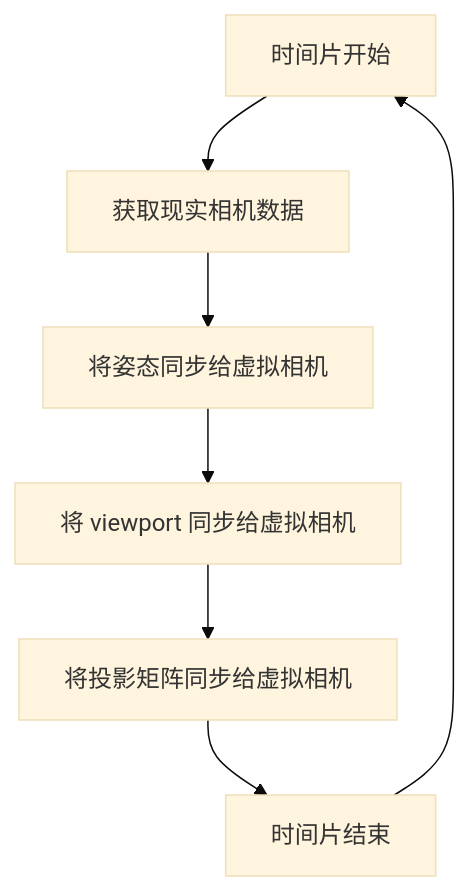
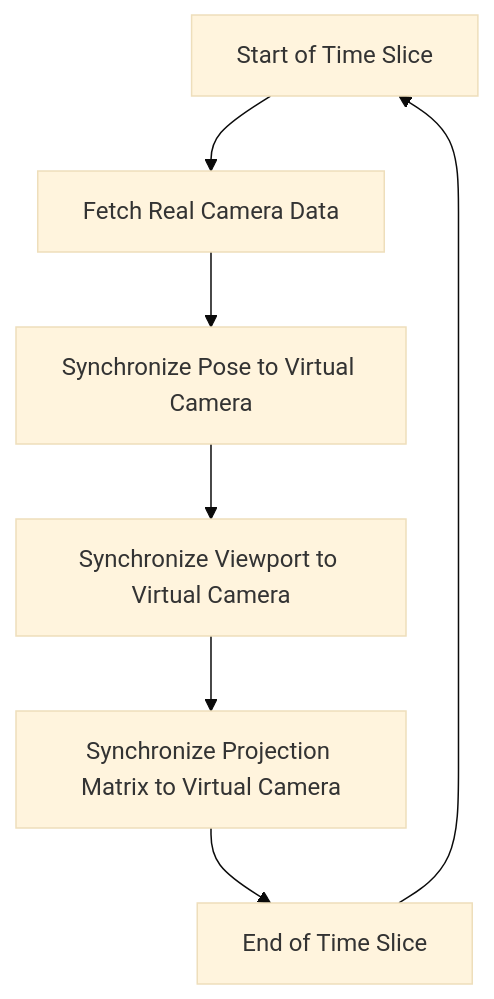
Before and after one commit to galacean/engine: the diagram in docs/en/xr/system/camera.mdx, drawn with Mermaid (base theme). The commit also changed other lines of this file and 69 other files, not shown here.

````diff
--- a/docs/en/xr/system/camera.mdx
+++ b/docs/en/xr/system/camera.mdx
@@ -31,9 +30,9 @@
 ```mermaid
 flowchart TD
-    A[时间片开始] --> B[获取现实相机数据]
-    B --> C[将姿态同步给虚拟相机]
-    C --> D[将 viewport 同步给虚拟相机]
-    D --> E[将投影矩阵同步给虚拟相机]
-    E --> F[时间片结束]
+    A[Start of Time Slice] --> B[Fetch Real Camera Data]
+    B --> C[Synchronize Pose to Virtual Camera]
+    C --> D[Synchronize Viewport to Virtual Camera]
+    D --> E[Synchronize Projection Matrix to Virtual Camera]
+    E --> F[End of Time Slice]
     F --> A
 ```
````
